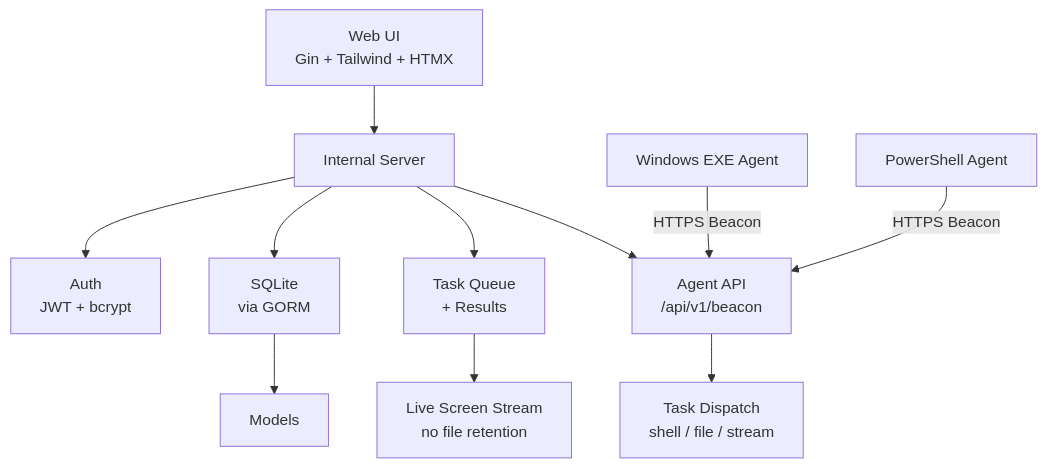
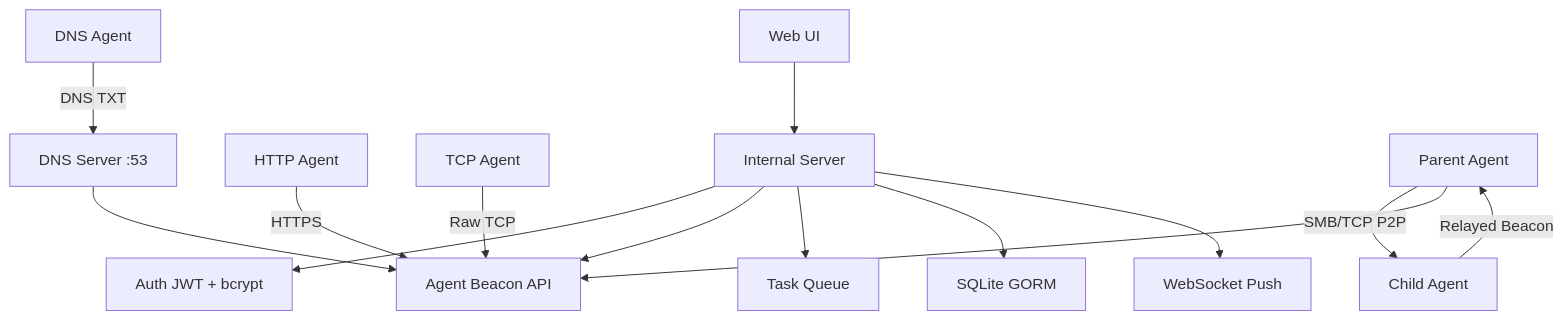
Before and after one commit to Ruka-afk/forgec2: the diagram in README.md, drawn with Mermaid. The commit also changed other lines of this file and 59 other files, not shown here.

First line of the commit message:
Major feature update: P2P chaining, DNS beacon, Artifact Kit, credential auto-import, security audit

````diff
--- a/README.md
+++ b/README.md
@@ -82,15 +102,18 @@
 ```mermaid
 graph TD
-    A[Web UI<br/>Gin + Tailwind + HTMX] --> B[Internal Server]
-    B --> C[Auth<br/>JWT + bcrypt]
-    B --> D[Agent API<br/>/api/v1/beacon]
-    B --> E[Task Queue<br/>+ Results]
-    B --> F[SQLite<br/>via GORM]
+    A[Web UI] --> B[Internal Server]
+    B --> C[Auth JWT + bcrypt]
+    B --> D[Agent Beacon API]
+    B --> E[Task Queue]
+    B --> F[SQLite GORM]
+    B --> G[WebSocket Push]
     
-    G[Windows EXE Agent] -->|HTTPS Beacon| D
-    H[PowerShell Agent] -->|HTTPS Beacon| D
+    H[HTTP Agent] -->|HTTPS| D
+    I[TCP Agent] -->|Raw TCP| D
+    J[DNS Agent] -->|DNS TXT| K[DNS Server :53]
+    K --> D
     
-    D --> I[Task Dispatch<br/>shell / file / stream]
-    E --> J[Live Screen Stream<br/>no file retention]
-    F --> K[Models]
+    L[Parent Agent] -->|SMB/TCP P2P| M[Child Agent]
+    M -->|Relayed Beacon| L
+    L --> D
 ```
````
